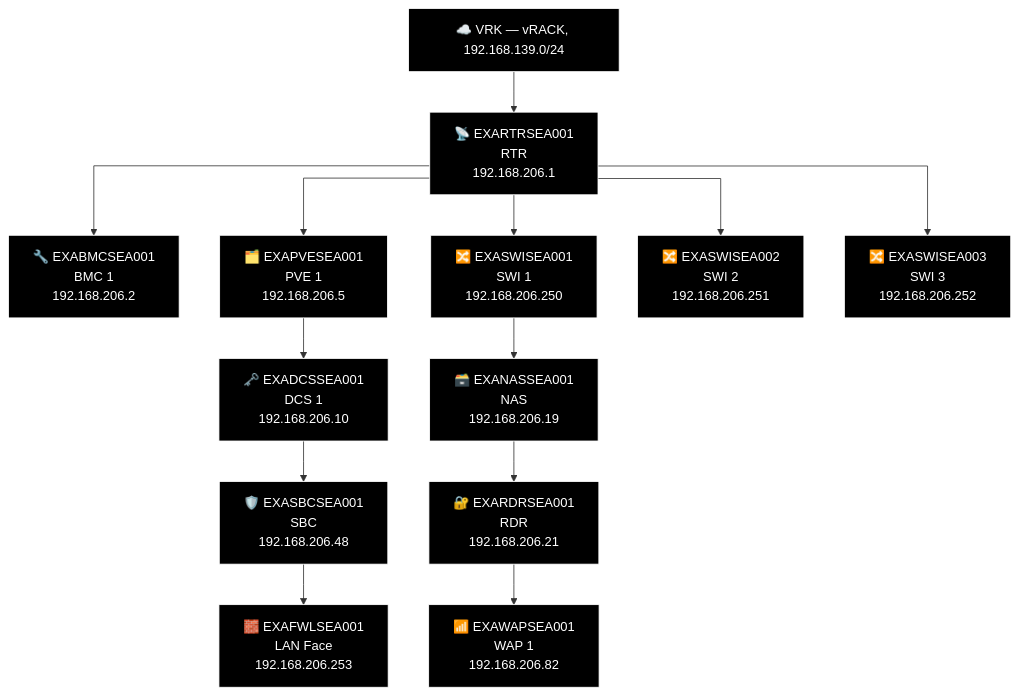
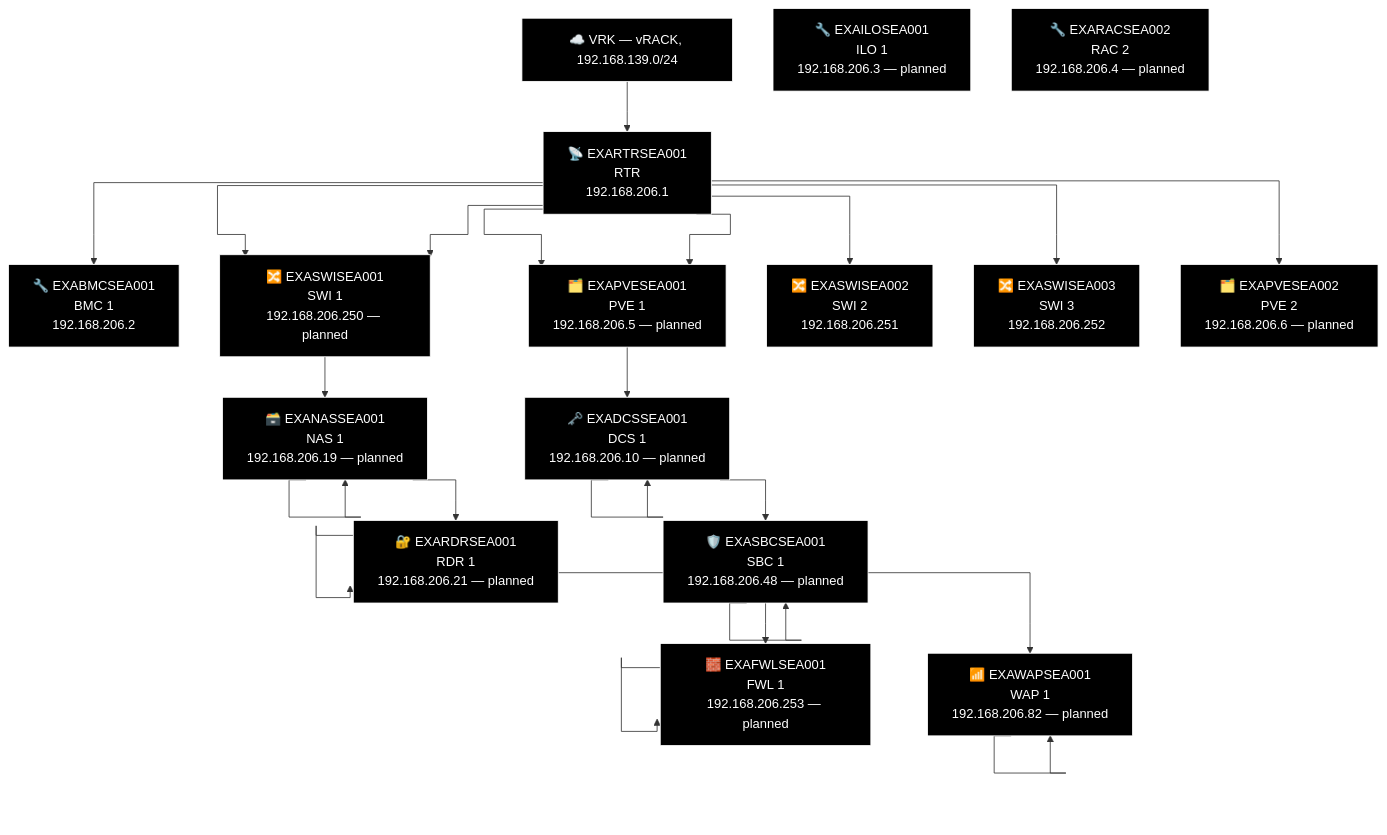
Before and after one commit to knightmare2600/example_music_infra: diagram 17 of 21 in docs/network-diagram/united-states.md, drawn with Mermaid. The commit also changed other lines of this file and 10 other files, not shown here.

````diff
--- a/docs/network-diagram/united-states.md
+++ b/docs/network-diagram/united-states.md
@@ -639,40 +689,65 @@
 ```mermaid
 %% GENERATED:TOPOLOGY:SEA:START
 %%{init: {'flowchart': {'curve': 'stepAfter'}}}%%
 graph TD
     T_VRK["☁️ VRK — vRACK, 192.168.139.0/24"]
     T_RTR["📡 EXARTRSEA001<br/>RTR<br/>192.168.206.1"]
     T_VRK --> T_RTR
     T_BMC["🔧 EXABMCSEA001<br/>BMC 1<br/>192.168.206.2"]
     T_RTR --> T_BMC
     T_PVE["🗂️ EXAPVESEA001<br/>PVE 1<br/>192.168.206.5"]
     T_RTR --> T_PVE
     T_SWI["🔀 EXASWISEA001<br/>SWI 1<br/>192.168.206.250"]
     T_RTR --> T_SWI
     T_SWI2["🔀 EXASWISEA002<br/>SWI 2<br/>192.168.206.251"]
     T_RTR --> T_SWI2
     T_SWI3["🔀 EXASWISEA003<br/>SWI 3<br/>192.168.206.252"]
     T_RTR --> T_SWI3
+    T_SWI["🔀 EXASWISEA001<br/>SWI 1<br/>192.168.206.250 — planned"]
+    T_RTR --> T_SWI
+    T_PVE["🗂️ EXAPVESEA001<br/>PVE 1<br/>192.168.206.5 — planned"]
+    T_RTR --> T_PVE
+    T_PVE2["🗂️ EXAPVESEA002<br/>PVE 2<br/>192.168.206.6 — planned"]
+    T_RTR --> T_PVE2
     T_NAS["🗃️ EXANASSEA001<br/>NAS<br/>192.168.206.19"]
+    T_NAS["🗃️ EXANASSEA001<br/>NAS 1<br/>192.168.206.19 — planned"]
     T_RDR["🔐 EXARDRSEA001<br/>RDR<br/>192.168.206.21"]
+    T_RDR["🔐 EXARDRSEA001<br/>RDR 1<br/>192.168.206.21 — planned"]
     T_WAP["📶 EXAWAPSEA001<br/>WAP 1<br/>192.168.206.82"]
-    T_SWI --> T_NAS --> T_RDR --> T_WAP
+    T_WAP["📶 EXAWAPSEA001<br/>WAP 1<br/>192.168.206.82 — planned"]
+    T_SWI --> T_NAS --> T_NAS --> T_RDR --> T_RDR --> T_WAP --> T_WAP
     T_DCS["🗝️ EXADCSSEA001<br/>DCS 1<br/>192.168.206.10"]
+    T_DCS["🗝️ EXADCSSEA001<br/>DCS 1<br/>192.168.206.10 — planned"]
     T_SBC["🛡️ EXASBCSEA001<br/>SBC<br/>192.168.206.48"]
+    T_SBC["🛡️ EXASBCSEA001<br/>SBC 1<br/>192.168.206.48 — planned"]
     T_FWL["🧱 EXAFWLSEA001<br/>LAN Face<br/>192.168.206.253"]
-    T_PVE --> T_DCS --> T_SBC --> T_FWL
+    T_FWL["🧱 EXAFWLSEA001<br/>FWL 1<br/>192.168.206.253 — planned"]
+    T_PVE --> T_DCS --> T_DCS --> T_SBC --> T_SBC --> T_FWL --> T_FWL
+    T_ILO["🔧 EXAILOSEA001<br/>ILO 1<br/>192.168.206.3 — planned"]
+    T_RAC["🔧 EXARACSEA002<br/>RAC 2<br/>192.168.206.4 — planned"]
     style T_VRK fill:#000000,stroke:#FFFFFF,color:#FFFFFF
     style T_RTR fill:#000000,stroke:#FFFFFF,color:#FFFFFF
     style T_BMC fill:#000000,stroke:#FFFFFF,color:#FFFFFF
     style T_PVE fill:#000000,stroke:#FFFFFF,color:#FFFFFF
     style T_SWI fill:#000000,stroke:#FFFFFF,color:#FFFFFF
     style T_SWI2 fill:#000000,stroke:#FFFFFF,color:#FFFFFF
     style T_SWI3 fill:#000000,stroke:#FFFFFF,color:#FFFFFF
+    style T_SWI fill:#000000,stroke:#FFFFFF,color:#FFFFFF
+    style T_PVE fill:#000000,stroke:#FFFFFF,color:#FFFFFF
+    style T_PVE2 fill:#000000,stroke:#FFFFFF,color:#FFFFFF
+    style T_NAS fill:#000000,stroke:#FFFFFF,color:#FFFFFF
     style T_NAS fill:#000000,stroke:#FFFFFF,color:#FFFFFF
     style T_RDR fill:#000000,stroke:#FFFFFF,color:#FFFFFF
+    style T_RDR fill:#000000,stroke:#FFFFFF,color:#FFFFFF
+    style T_WAP fill:#000000,stroke:#FFFFFF,color:#FFFFFF
     style T_WAP fill:#000000,stroke:#FFFFFF,color:#FFFFFF
     style T_DCS fill:#000000,stroke:#FFFFFF,color:#FFFFFF
+    style T_DCS fill:#000000,stroke:#FFFFFF,color:#FFFFFF
+    style T_SBC fill:#000000,stroke:#FFFFFF,color:#FFFFFF
     style T_SBC fill:#000000,stroke:#FFFFFF,color:#FFFFFF
     style T_FWL fill:#000000,stroke:#FFFFFF,color:#FFFFFF
+    style T_FWL fill:#000000,stroke:#FFFFFF,color:#FFFFFF
+    style T_ILO fill:#000000,stroke:#FFFFFF,color:#FFFFFF
+    style T_RAC fill:#000000,stroke:#FFFFFF,color:#FFFFFF
 %% GENERATED:TOPOLOGY:SEA:END
 ```
````
